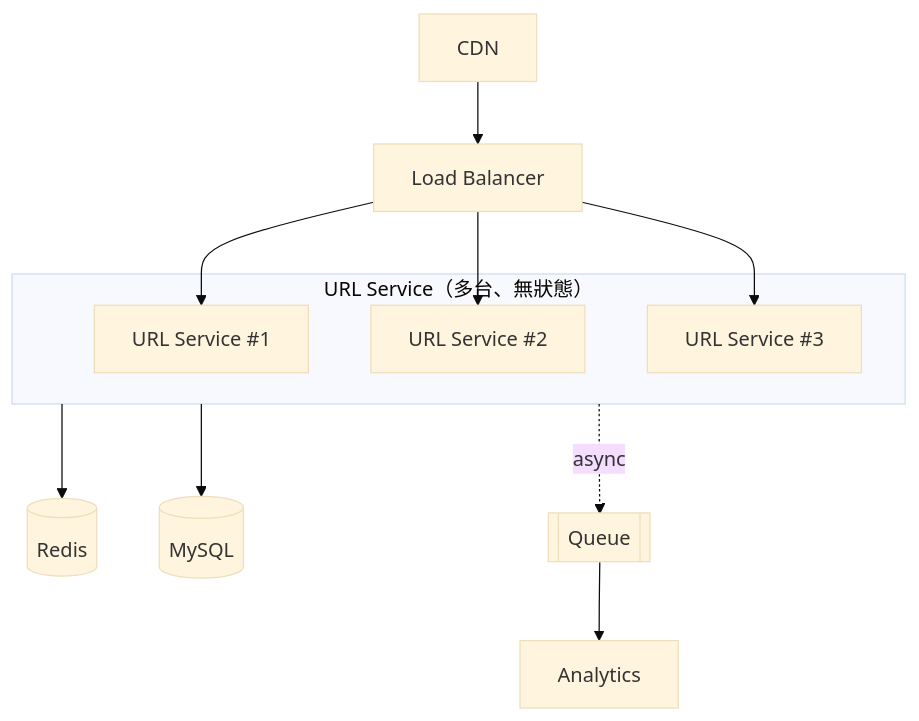
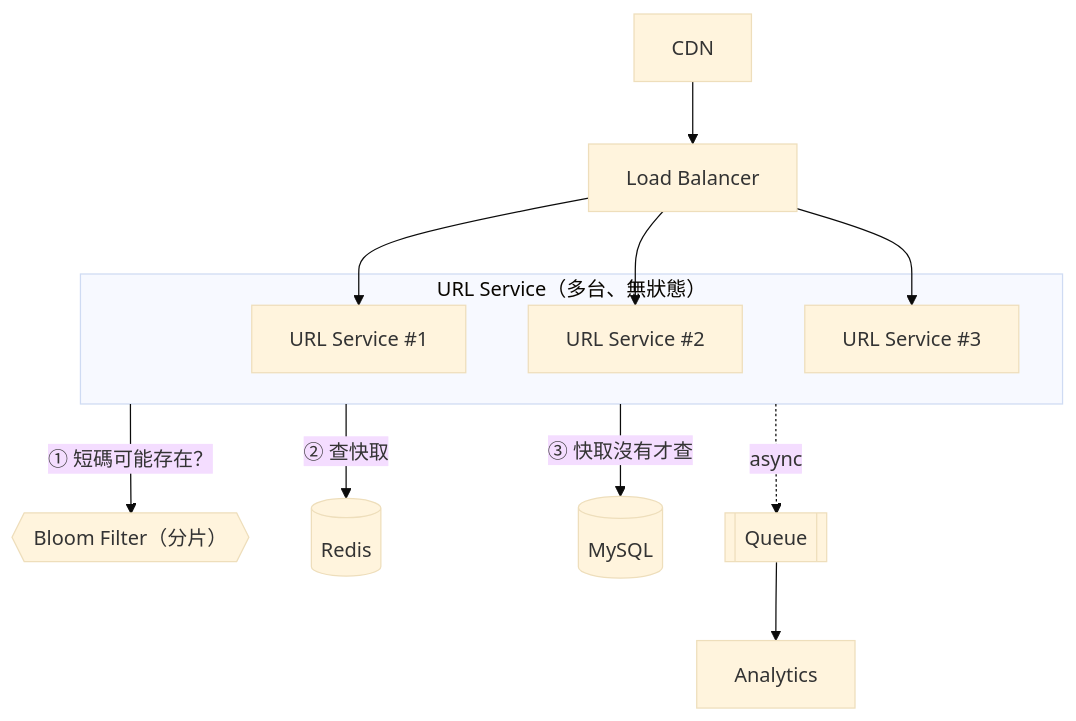
Before and after one commit to hangineer/System-Design-Notes: the fifth of 5 diagrams in CH8/index.md, drawn with Mermaid (base theme). The commit also changed other lines of this file, not shown here.

Commit message:
feat: enhance CH8 notes with Feistel cipher and Bloom Filter for URL shortener design

````diff
--- a/CH8/index.md
+++ b/CH8/index.md
@@ -287,16 +346,17 @@
 ```mermaid
 flowchart TD
     cdn[CDN] --> lb[Load Balancer]
     subgraph svc[URL Service（多台、無狀態）]
         s1["URL Service #1"]
         s2["URL Service #2"]
         s3["URL Service #3"]
     end
     lb --> s1
     lb --> s2
     lb --> s3
-    svc --> redis[(Redis)]
-    svc --> mysql[(MySQL)]
+    svc -- "① 短碼可能存在？" --> bloom{{"Bloom Filter（分片）"}}
+    svc -- ② 查快取 --> redis[(Redis)]
+    svc -- ③ 快取沒有才查 --> mysql[(MySQL)]
     svc -. async .-> queue[[Queue]]
     queue --> analytics[Analytics]
 ```
````
